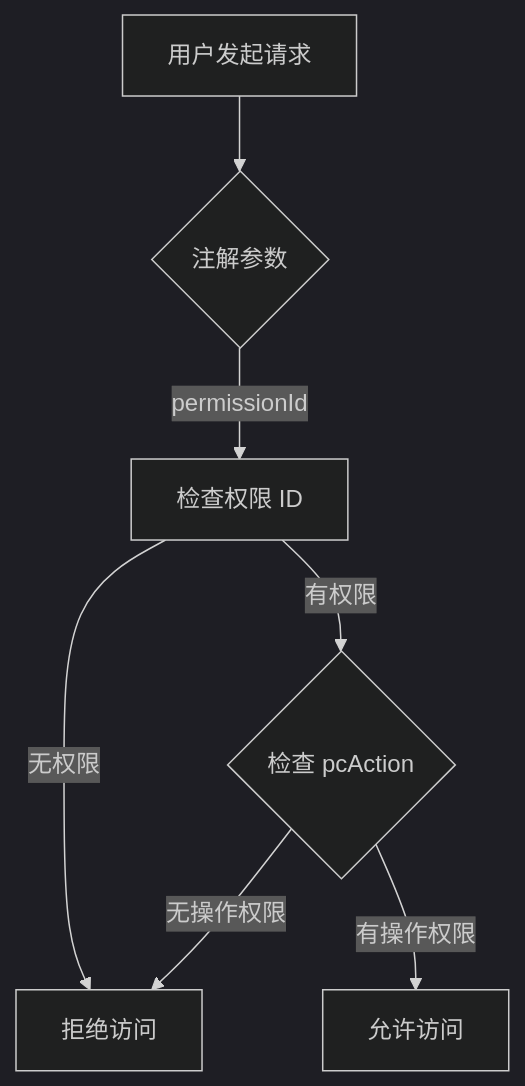
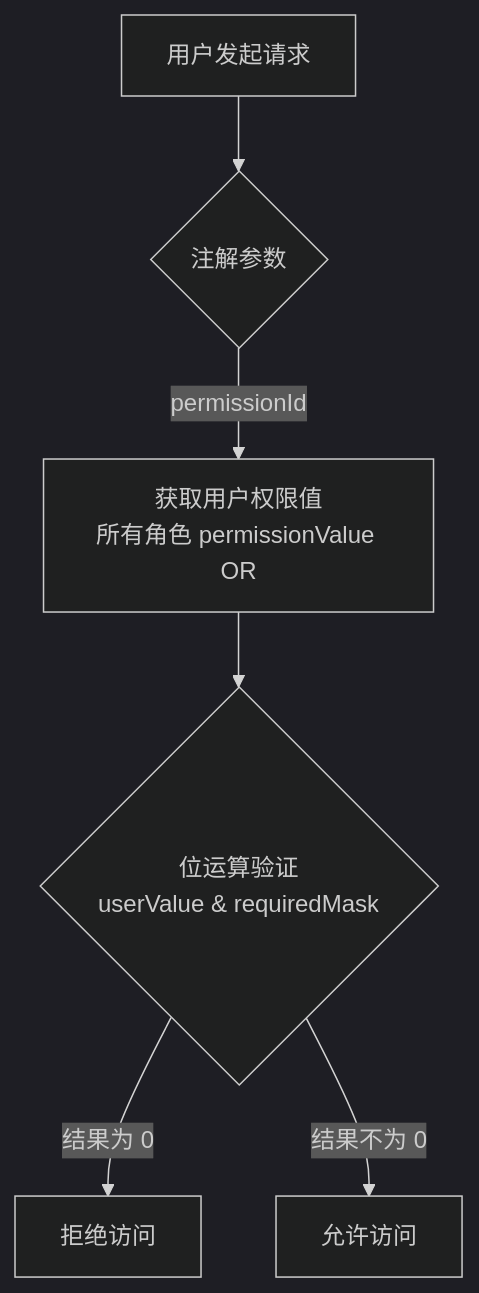
Before and after one commit to huyumo/moyan-mfw: the fourth of 4 diagrams in docs/core/permissions.md, drawn with Mermaid (dark theme). The commit also changed other lines of this file and 2 other files, not shown here.

````diff
--- a/docs/core/permissions.md
+++ b/docs/core/permissions.md
@@ -360,9 +432,8 @@
 ```mermaid
 flowchart TD
     A[用户发起请求] --> B{注解参数}
-    B -->|permissionId| C[检查权限 ID]
-    C -->|无权限 | D[拒绝访问]
-    C -->|有权限 | E{检查 pcAction}
-    E -->|无操作权限 | D
-    E -->|有操作权限 | F[允许访问]
+    B -->|permissionId| C[获取用户权限值<br/>所有角色 permissionValue OR]
+    C --> D{位运算验证<br/>userValue & requiredMask}
+    D -->|结果为 0| E[拒绝访问]
+    D -->|结果不为 0| F[允许访问]
 ```
````
